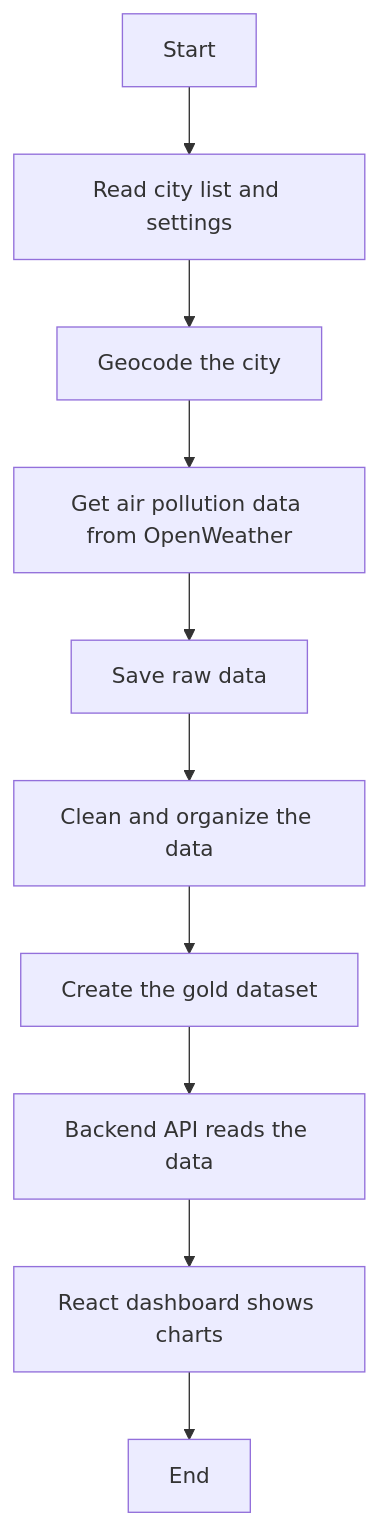
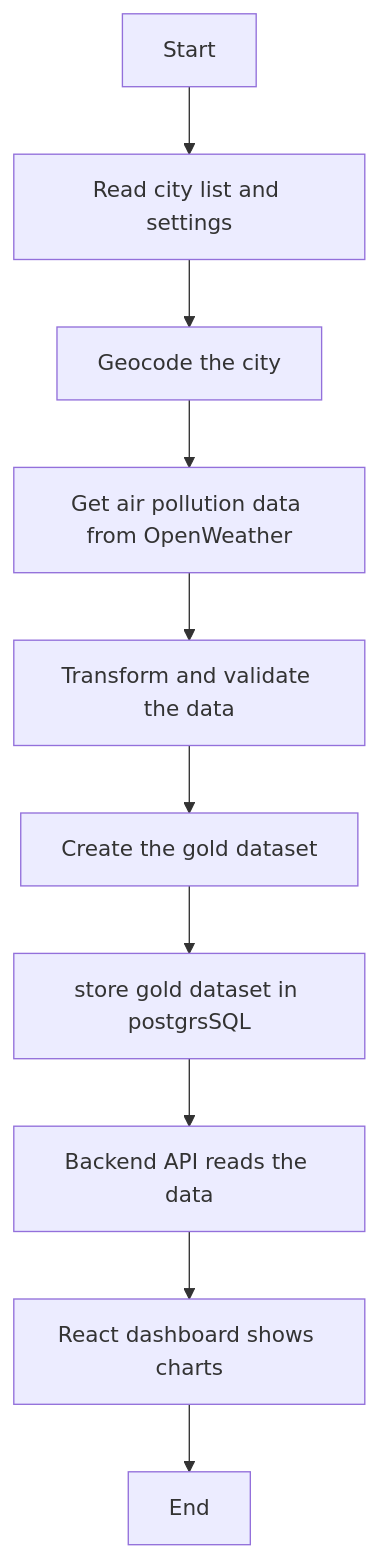
Before and after one commit to Code-the-Dream-School/summer-26-py-practicum-team1: the diagram in docs/architecture/planned_runtime_flow.md, drawn with Mermaid. The commit also changed other lines of this file, not shown here.

Commit message:
Address review feedback for planned runtime flow

````diff
--- a/docs/architecture/planned_runtime_flow.md
+++ b/docs/architecture/planned_runtime_flow.md
@@ -9,12 +9,12 @@
 ```mermaid
 flowchart TD
     A[Start] --> B[Read city list and settings]
     B --> C[Geocode the city]
     C --> D[Get air pollution data from OpenWeather]
-    D --> E[Save raw data]
-    E --> F[Clean and organize the data]
-    F --> G[Create the gold dataset]
+    D --> E[Transform and validate the data]
+    E --> F[Create the gold dataset]
+    F --> G[store gold dataset in postgrsSQL]
     G --> H[Backend API reads the data]
     H --> I[React dashboard shows charts]
     I --> J[End]
 ```
````
